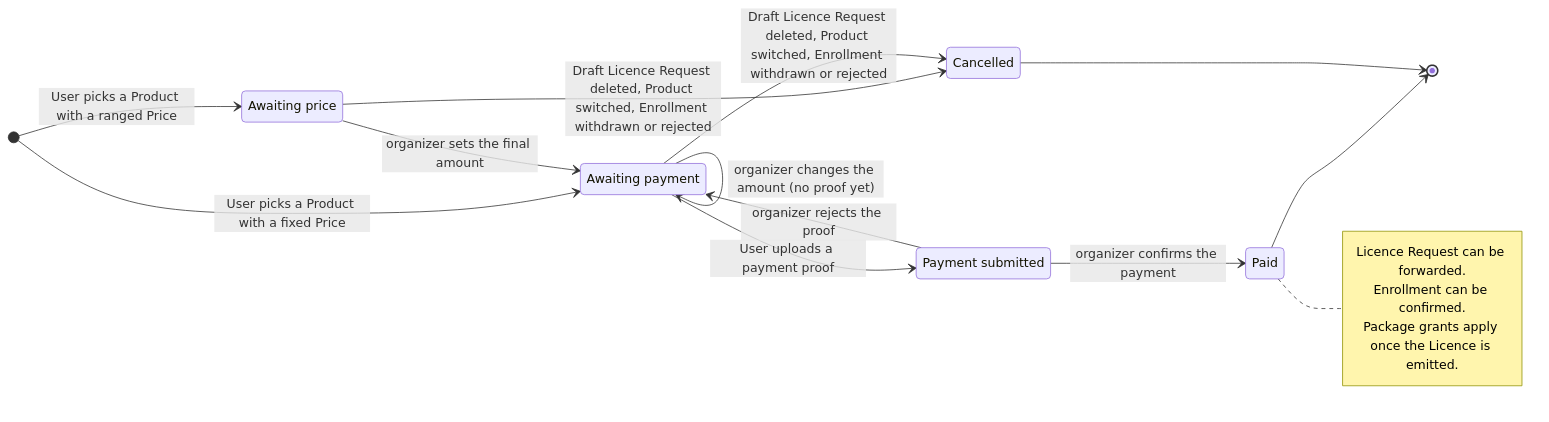
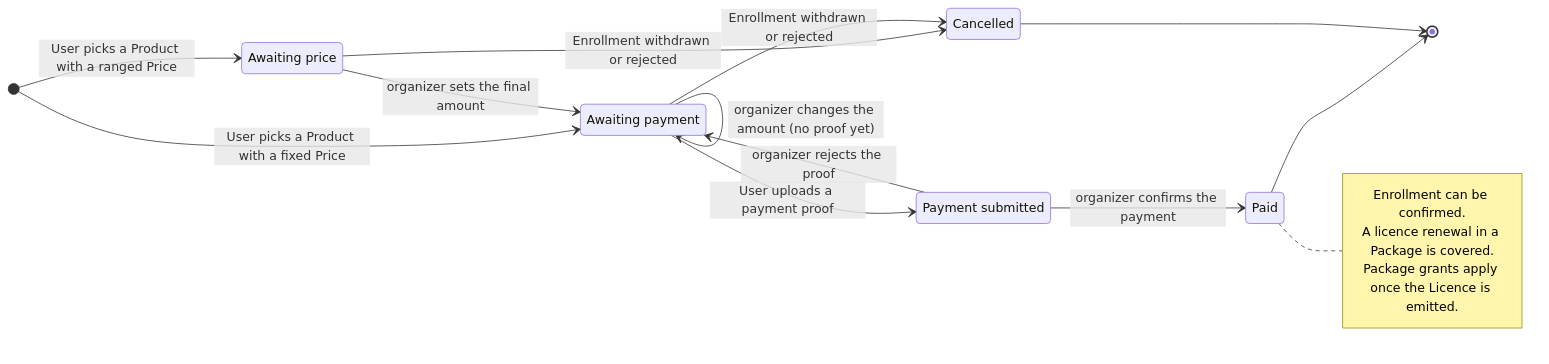
Before and after one commit to avvertix/kart-race-management: the diagram in docs/reference/lifecycles.md, drawn with Mermaid. The commit also changed other lines of this file and 108 other files, not shown here.

````diff
--- a/docs/reference/lifecycles.md
+++ b/docs/reference/lifecycles.md
@@ -59,29 +69,29 @@
 ```mermaid
 stateDiagram-v2
     direction LR
 
     state "Awaiting price" as AwaitingPrice
     state "Awaiting payment" as AwaitingPayment
     state "Payment submitted" as PaymentSubmitted
 
     [*] --> AwaitingPrice: User picks a Product with a ranged Price
     [*] --> AwaitingPayment: User picks a Product with a fixed Price
 
     AwaitingPrice --> AwaitingPayment: organizer sets the final amount
     AwaitingPayment --> AwaitingPayment: organizer changes the amount (no proof yet)
     AwaitingPayment --> PaymentSubmitted: User uploads a payment proof
     PaymentSubmitted --> AwaitingPayment: organizer rejects the proof
     PaymentSubmitted --> Paid: organizer confirms the payment
 
-    AwaitingPrice --> Cancelled: Draft Licence Request deleted, Product switched, Enrollment withdrawn or rejected
-    AwaitingPayment --> Cancelled: Draft Licence Request deleted, Product switched, Enrollment withdrawn or rejected
+    AwaitingPrice --> Cancelled: Enrollment withdrawn or rejected
+    AwaitingPayment --> Cancelled: Enrollment withdrawn or rejected
 
     Paid --> [*]
     Cancelled --> [*]
 
     note right of Paid
-        Licence Request can be forwarded.
         Enrollment can be confirmed.
+        A licence renewal in a Package is covered.
         Package grants apply once the Licence is emitted.
     end note
 ```
````
